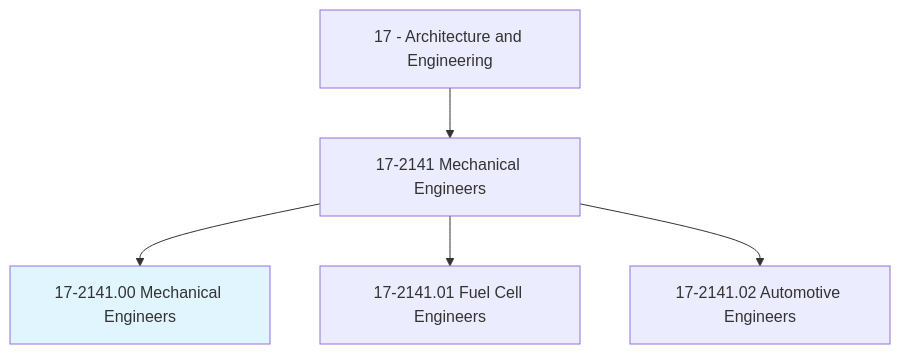
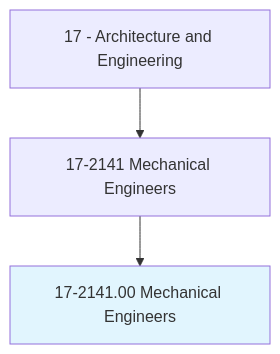
The first of 4 diagrams in occupations/Architecture/MechanicalEngineers.mdx (kziemski/business.org.ai), drawn with Mermaid before and after one commit. The commit also changed other lines of this file and 938 other files, not shown here.

````diff
--- a/occupations/Architecture/MechanicalEngineers.mdx
+++ b/occupations/Architecture/MechanicalEngineers.mdx
@@ -19,8 +23,6 @@
 ```mermaid
 graph TD
     Cat17["17 - Architecture and Engineering"] --> Group172141["17-2141 Mechanical Engineers"]
     Group172141 --> Current["17-2141.00 Mechanical Engineers"]
     style Current fill:#e1f5fe
-    Group172141 --> V17214101["17-2141.01 Fuel Cell Engineers"]
-    Group172141 --> V17214102["17-2141.02 Automotive Engineers"]
 ```
````
